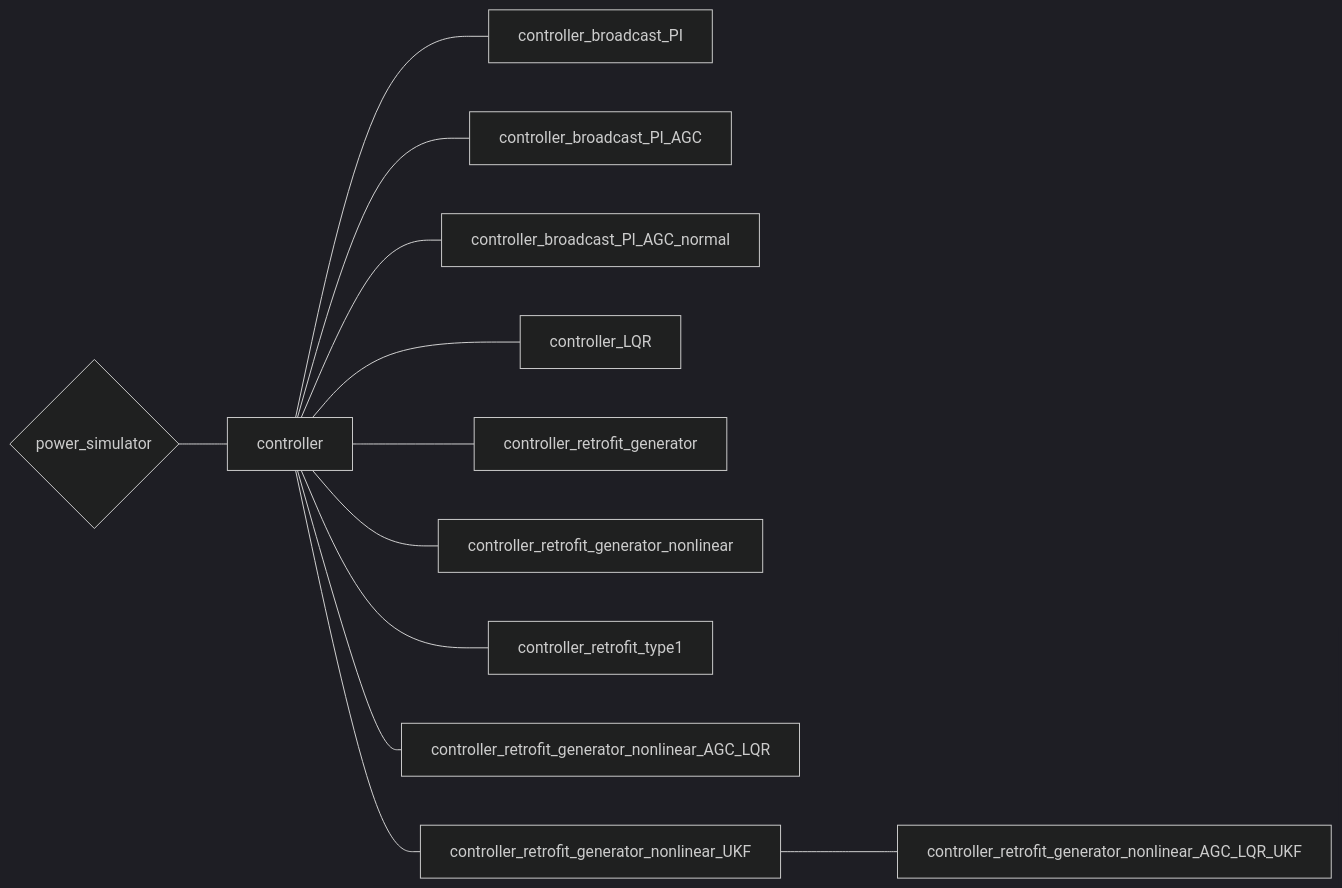
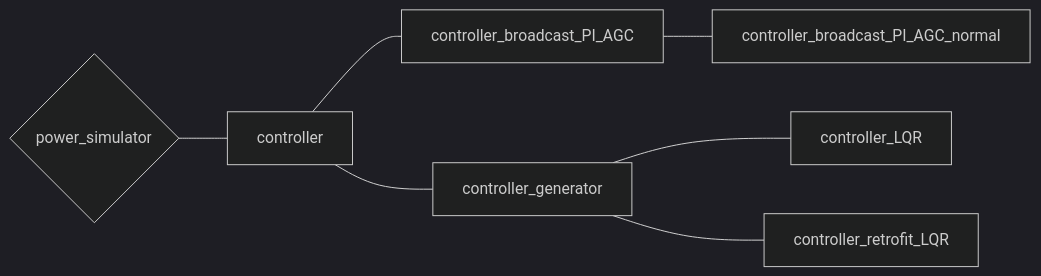
The diagram in docs/Docs/controller.md (takahiro-kawaguchi/power_simulator_doc), drawn with Mermaid (dark theme) before and after one commit. The commit also changed other lines of this file and 8 other files, not shown here.

````diff
--- a/docs/Docs/controller.md
+++ b/docs/Docs/controller.md
@@ -10,29 +10,19 @@
 ```mermaid
 graph LR
 
 base{power_simulator}---controller
 
-controller---controller_broadcast_PI
 controller---controller_broadcast_PI_AGC
-controller---controller_broadcast_PI_AGC_normal
-controller---controller_LQR
-controller---controller_retrofit_generator
-controller---controller_retrofit_generator_nonlinear
-controller---controller_retrofit_type1
-controller---controller_retrofit_generator_nonlinear_AGC_LQR
-controller---controller_retrofit_generator_nonlinear_UKF
-controller_retrofit_generator_nonlinear_UKF----controller_retrofit_generator_nonlinear_AGC_LQR_UKF
+controller_broadcast_PI_AGC---controller_broadcast_PI_AGC_normal
+controller---controller_generator
+controller_generator---controller_LQR
+controller_generator---controller_retrofit_LQR
 
 click base "https://www.google.com/"
 click controller "https://www.google.com/"
-click controller_broadcast_PI "https://www.google.com/"
 click controller_broadcast_PI_AGC "https://www.google.com/"
 click controller_broadcast_PI_AGC_normal "https://www.google.com/"
+click controller_generator "https://www.google.com/"
 click controller_LQR "https://www.google.com/"
-click controller_retrofit_generator "https://www.google.com/"
-click controller_retrofit_generator_nonlinear "https://www.google.com/"
-click controller_retrofit_type1 "https://www.google.com/"
-click controller_retrofit_generator_nonlinear_AGC_LQR "https://www.google.com/"
-click controller_retrofit_generator_nonlinear_UKF "https://www.google.com/"
-click controller_retrofit_generator_nonlinear_AGC_LQR_UKF "https://www.google.com/"
+click controller_retrofit_LQR "https://www.google.com/"
 ```
````
